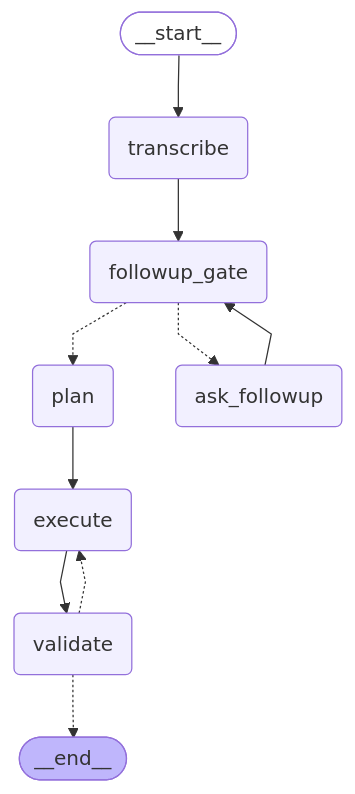
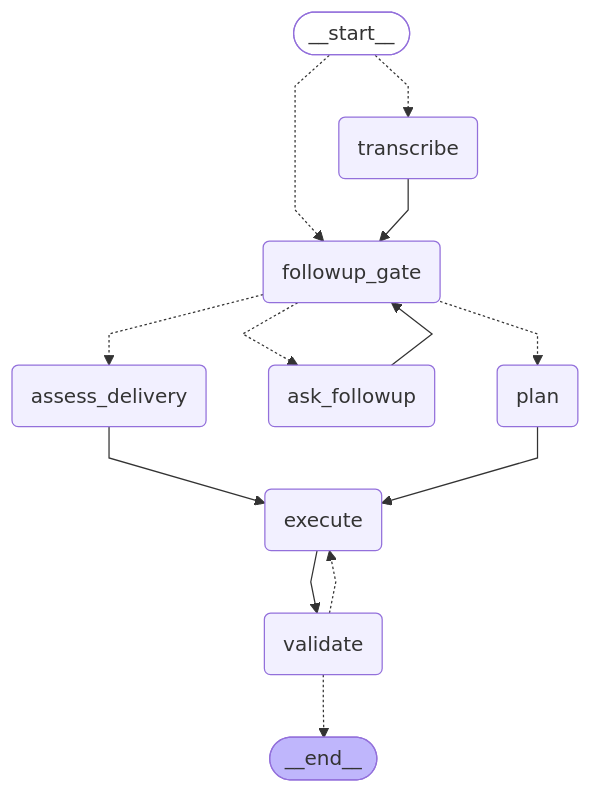
Before and after one commit to harsha-chichu/preppy_eval_agent: the diagram in graph.mmd, drawn with Mermaid. The commit also changed 6 other files, not shown here.

```diff
--- a/graph.mmd
+++ b/graph.mmd
@@ -1,26 +1,30 @@
 ---
 config:
   flowchart:
     curve: linear
 ---
 graph TD;
 	__start__([<p>__start__</p>]):::first
 	transcribe(transcribe)
 	plan(plan)
 	followup_gate(followup_gate)
 	ask_followup(ask_followup)
 	execute(execute)
 	validate(validate)
+	assess_delivery(assess_delivery)
 	__end__([<p>__end__</p>]):::last
-	__start__ --> transcribe;
+	__start__ -.-> followup_gate;
+	__start__ -.-> transcribe;
 	ask_followup --> followup_gate;
+	assess_delivery --> execute;
 	execute --> validate;
 	followup_gate -.-> ask_followup;
+	followup_gate -.-> assess_delivery;
 	followup_gate -.-> plan;
 	plan --> execute;
 	transcribe --> followup_gate;
 	validate -.-> __end__;
 	validate -.-> execute;
 	classDef default fill:#f2f0ff,line-height:1.2
 	classDef first fill-opacity:0
 	classDef last fill:#bfb6fc
```
